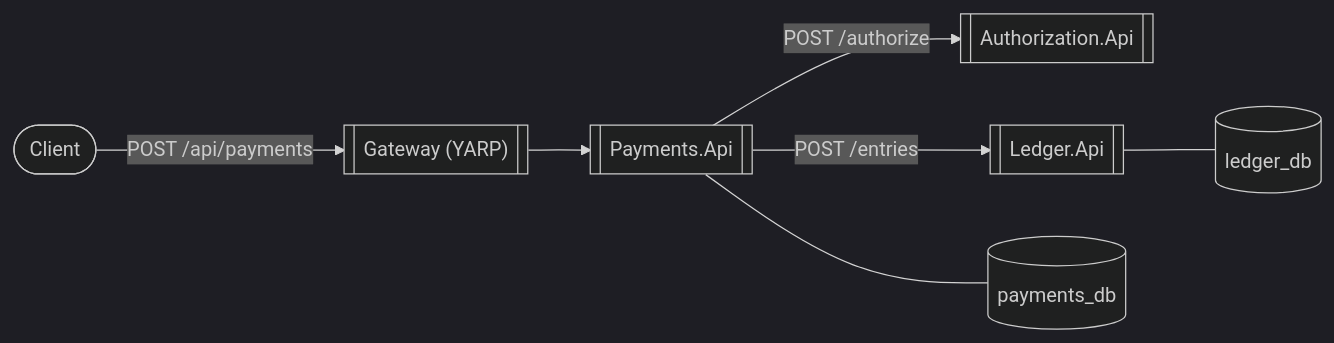
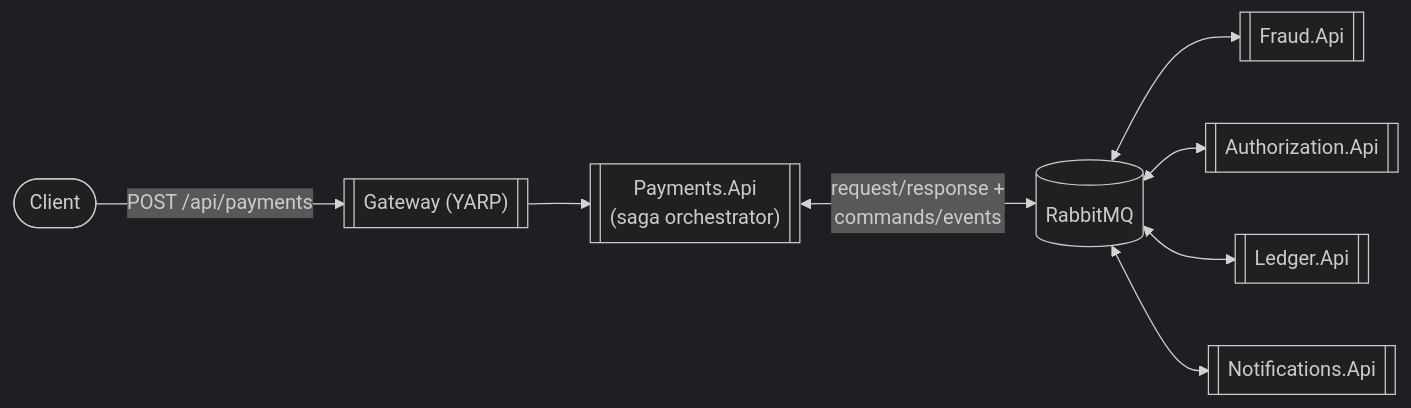
One commit to queennduji/payflow changed the diagram in README.md. Above: the diagram before and after it, drawn with Mermaid (dark theme). The commit also changed other lines of this file and 134 other files, not shown here.

````diff
--- a/README.md
+++ b/README.md
@@ -23,9 +25,10 @@
 ```mermaid
 flowchart LR
     client([Client]) -->|"POST /api/payments"| gateway[["Gateway (YARP)"]]
-    gateway --> payments[["Payments.Api"]]
-    payments -->|"POST /authorize"| auth[["Authorization.Api"]]
-    payments -->|"POST /entries"| ledger[["Ledger.Api"]]
-    payments --- paymentsDb[(payments_db)]
-    ledger --- ledgerDb[(ledger_db)]
+    gateway --> payments[["Payments.Api\n(saga orchestrator)"]]
+    payments <-->|"request/response +\ncommands/events"| mq[("RabbitMQ")]
+    mq <--> fraud[["Fraud.Api"]]
+    mq <--> auth[["Authorization.Api"]]
+    mq <--> ledger[["Ledger.Api"]]
+    mq <--> notif[["Notifications.Api"]]
 ```
````
